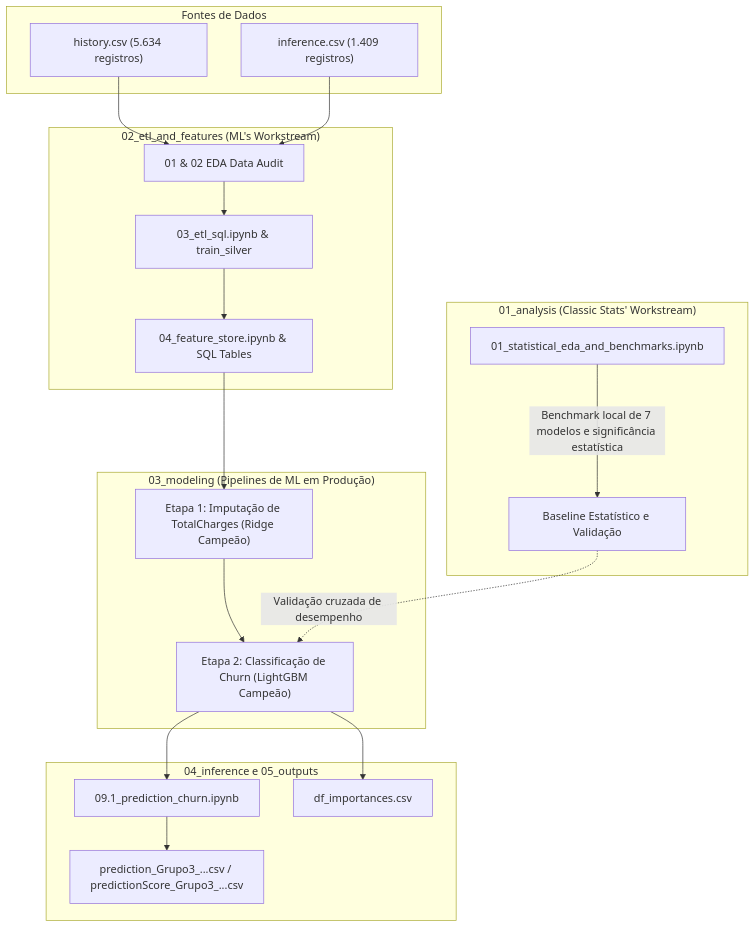
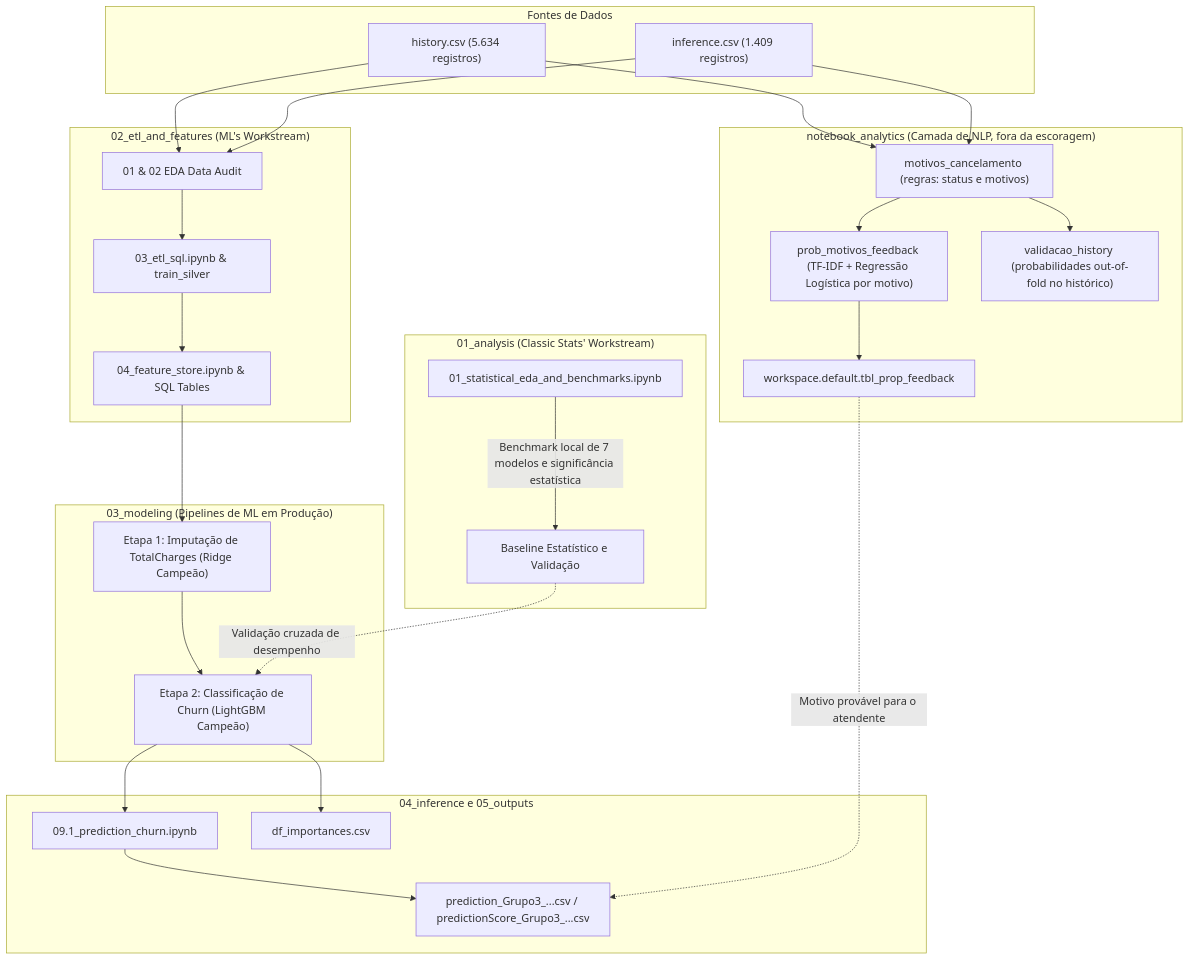
The diagram in README.md (thiagonoobre/Hackathon_Terra_Signal), drawn with Mermaid before and after one commit. The commit also changed other lines of this file and 3 other files, not shown here.

````diff
--- a/README.md
+++ b/README.md
@@ -27,31 +28,39 @@
 ```mermaid
 flowchart TD
     subgraph "Fontes de Dados"
         H["history.csv (5.634 registros)"]
         I["inference.csv (1.409 registros)"]
     end
 
     subgraph "01_analysis (Classic Stats' Workstream)"
         EDA["01_statistical_eda_and_benchmarks.ipynb"]
         EDA --> |Benchmark local de 7 modelos e significância estatística| COMP["Baseline Estatístico e Validação"]
     end
 
     subgraph "02_etl_and_features (ML's Workstream)"
         H & I --> AUDIT["01 & 02 EDA Data Audit"]
         AUDIT --> ETL["03_etl_sql.ipynb & train_silver"]
         ETL --> FS["04_feature_store.ipynb & SQL Tables"]
     end
 
     subgraph "03_modeling (Pipelines de ML em Produção)"
         FS --> TR1["Etapa 1: Imputação de TotalCharges (Ridge Campeão)"]
         TR1 --> TR2["Etapa 2: Classificação de Churn (LightGBM Campeão)"]
     end
 
     subgraph "04_inference e 05_outputs"
         TR2 --> INF["09.1_prediction_churn.ipynb"]
         INF --> PRED["prediction_Grupo3_...csv / predictionScore_Grupo3_...csv"]
         TR2 --> OUT["df_importances.csv"]
     end
 
+    subgraph "notebook_analytics (Camada de NLP, fora da escoragem)"
+        H & I --> MC["motivos_cancelamento (regras: status e motivos)"]
+        MC --> PM["prob_motivos_feedback (TF-IDF + Regressão Logística por motivo)"]
+        PM --> TB["workspace.default.tbl_prop_feedback"]
+        MC --> VH["validacao_history (probabilidades out-of-fold no histórico)"]
+    end
+
     COMP -.-> |Validação cruzada de desempenho| TR2
+    TB -.-> |Motivo provável para o atendente| PRED
 ```
````
